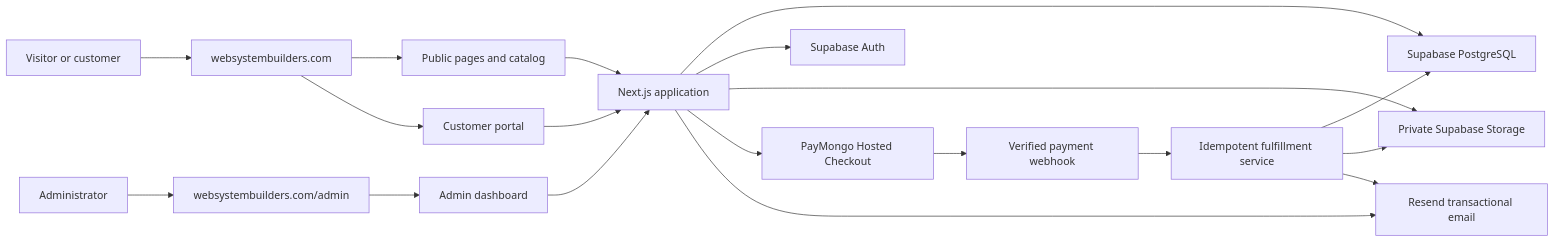
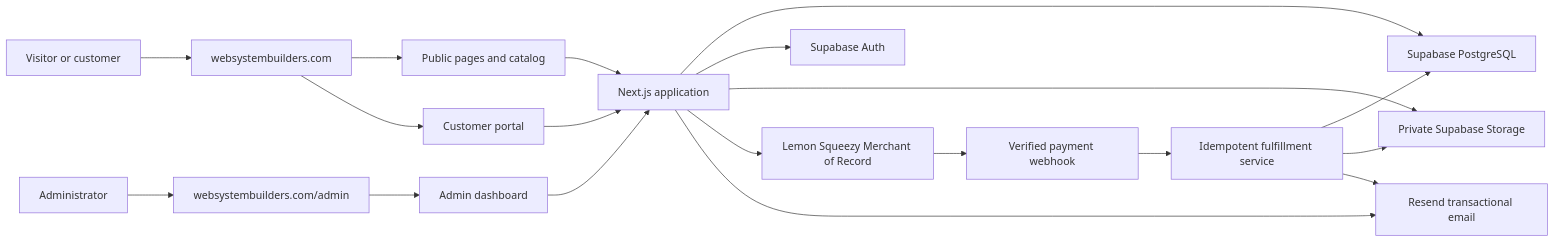
One commit to 12valor/WebSystemBuilders changed the first of 2 diagrams in docs/WEBSITE_BLUEPRINT.md. Above: the diagram before and after it, drawn with Mermaid. The commit also changed other lines of this file and 19 other files, not shown here.

Commit message:
feat: implement Lemon Squeezy payment integration with webhook verification and checkout flows

````diff
--- a/docs/WEBSITE_BLUEPRINT.md
+++ b/docs/WEBSITE_BLUEPRINT.md
@@ -85,25 +85,25 @@
 ```mermaid
 flowchart LR
     Visitor["Visitor or customer"] --> Site["websystembuilders.com"]
     Admin["Administrator"] --> AdminSite["websystembuilders.com/admin"]
 
     Site --> Public["Public pages and catalog"]
     Site --> Customer["Customer portal"]
     AdminSite --> Dashboard["Admin dashboard"]
 
     Public --> App["Next.js application"]
     Customer --> App
     Dashboard --> App
 
     App --> Database["Supabase PostgreSQL"]
     App --> Auth["Supabase Auth"]
     App --> Storage["Private Supabase Storage"]
-    App --> Payment["PayMongo Hosted Checkout"]
+    App --> Payment["Lemon Squeezy Merchant of Record"]
     App --> Email["Resend transactional email"]
 
     Payment --> Webhook["Verified payment webhook"]
     Webhook --> Fulfillment["Idempotent fulfillment service"]
     Fulfillment --> Database
     Fulfillment --> Storage
     Fulfillment --> Email
 ```
````
